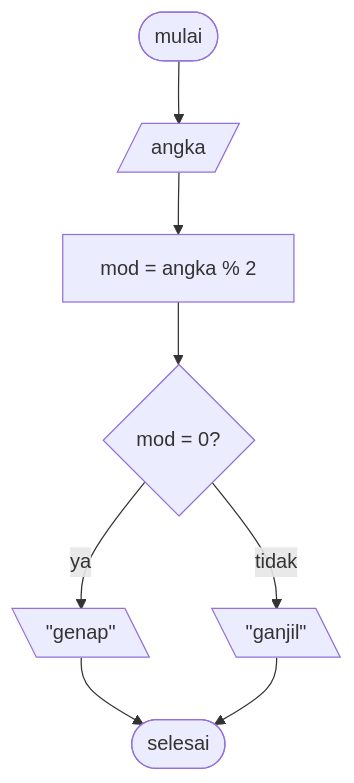
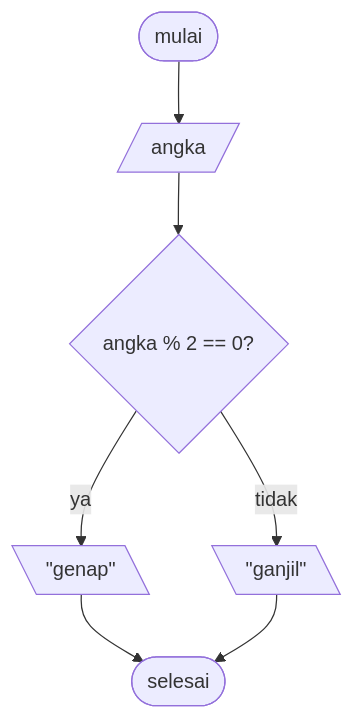
The diagram in README.md (sronnaim/koda-b10-algoritma), drawn with Mermaid before and after one commit. The commit also changed other lines of this file, not shown here.

Commit message:
fix: updated both descs and flowchart for odd even algo

````diff
--- a/README.md
+++ b/README.md
@@ -27,14 +27,13 @@
 ```mermaid
 flowchart TD
     Start@{ shape: terminal, label: mulai }
     Input@{ shape: lean-r, label: angka }
-    A@{ shape: rect,  label: "mod = angka % 2" }
-    Control@{ shape: diamond, label: "mod = 0?" }
+    Control@{ shape: diamond, label: "angka % 2 == 0?" }
     OutputOdd@{ shape: lean-l, label: "#quot;ganjil#quot;" }
     OutputEven@{ shape: lean-l, label: "#quot;genap#quot;" }
     End@{ shape: terminal, label: selesai }
 
-    Start --> Input --> A --> Control
+    Start --> Input --> Control
     Control --ya--> OutputEven --> End
     Control --tidak--> OutputOdd --> End
 ```
````
